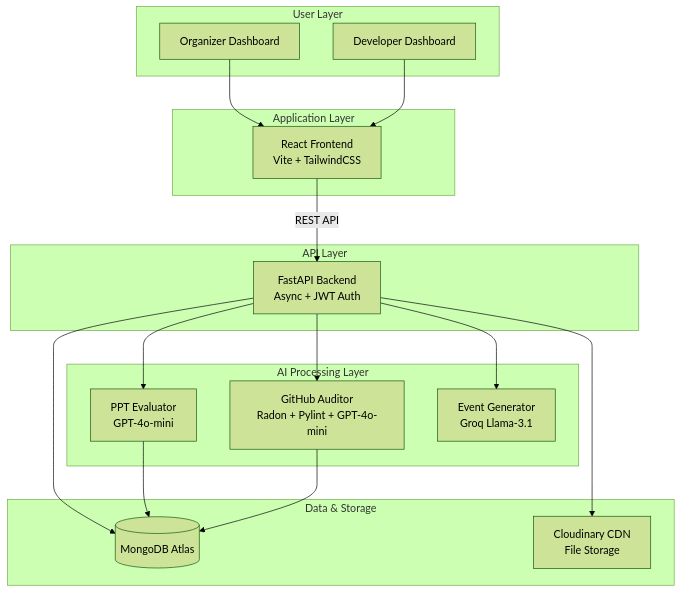
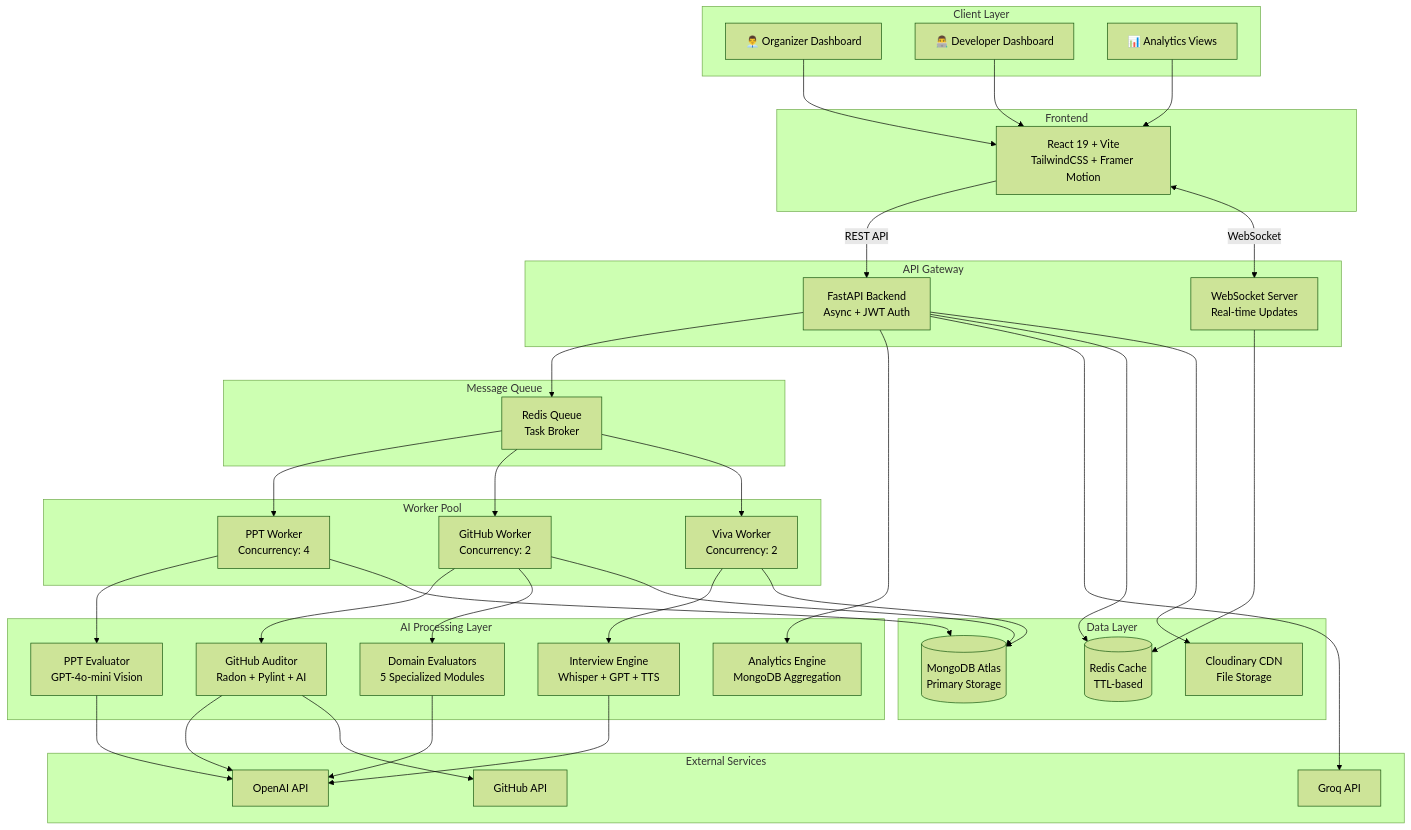
One commit to NischayJoshi/EvalX changed the third of 18 diagrams in README.md. Above: the diagram before and after it, drawn with Mermaid (forest theme). The commit also changed other lines of this file, not shown here.

Commit message:
docs: Comprehensive README with architecture, DFD, scalability, failure handling, and team contributions for Round 2

````diff
--- a/README.md
+++ b/README.md
@@ -154,37 +140,64 @@
 ```mermaid
 graph TB
-    subgraph "User Layer"
-        A[Organizer Dashboard]
-        B[Developer Dashboard]
+    subgraph "Client Layer"
+        U1[👨‍💼 Organizer Dashboard]
+        U2[👨‍💻 Developer Dashboard]
+        U3[📊 Analytics Views]
     end
     
-    subgraph "Application Layer"
-        C[React Frontend<br/>Vite + TailwindCSS]
+    subgraph "Frontend"
+        FE[React 19 + Vite<br/>TailwindCSS + Framer Motion]
     end
     
-    subgraph "API Layer"
-        D[FastAPI Backend<br/>Async + JWT Auth]
+    subgraph "API Gateway"
+        API[FastAPI Backend<br/>Async + JWT Auth]
+        WS[WebSocket Server<br/>Real-time Updates]
+    end
+    
+    subgraph "Message Queue"
+        RQ[Redis Queue<br/>Task Broker]
+    end
+    
+    subgraph "Worker Pool"
+        W1[PPT Worker<br/>Concurrency: 4]
+        W2[GitHub Worker<br/>Concurrency: 2]
+        W3[Viva Worker<br/>Concurrency: 2]
     end
     
     subgraph "AI Processing Layer"
-        E1[PPT Evaluator<br/>GPT-4o-mini]
-        E2[GitHub Auditor<br/>Radon + Pylint + GPT-4o-mini]
-        E3[Event Generator<br/>Groq Llama-3.1]
+        E1[PPT Evaluator<br/>GPT-4o-mini Vision]
+        E2[GitHub Auditor<br/>Radon + Pylint + AI]
+        E3[Domain Evaluators<br/>5 Specialized Modules]
+        E4[Interview Engine<br/>Whisper + GPT + TTS]
+        E5[Analytics Engine<br/>MongoDB Aggregation]
     end
     
-    subgraph "Data & Storage"
-        F[(MongoDB Atlas)]
-        G[Cloudinary CDN<br/>File Storage]
+    subgraph "Data Layer"
+        DB[(MongoDB Atlas<br/>Primary Storage)]
+        CACHE[(Redis Cache<br/>TTL-based)]
+        CDN[Cloudinary CDN<br/>File Storage]
     end
     
-    A --> C
-    B --> C
-    C -->|REST API| D
-    D --> E1
-    D --> E2
-    D --> E3
-    D --> F
-    D --> G
-    E1 --> F
-    E2 --> F
+    subgraph "External Services"
+        OAI[OpenAI API]
+        GROQ[Groq API]
+        GH[GitHub API]
+    end
+    
+    U1 & U2 & U3 --> FE
+    FE -->|REST API| API
+    FE <-->|WebSocket| WS
+    API --> RQ
+    RQ --> W1 & W2 & W3
+    W1 --> E1
+    W2 --> E2 & E3
+    W3 --> E4
+    API --> E5
+    E1 & E2 & E3 & E4 --> OAI
+    API --> GROQ
+    E2 --> GH
+    W1 & W2 & W3 --> DB
+    API --> CACHE
+    API --> CDN
+    WS --> CACHE
 ```
````
